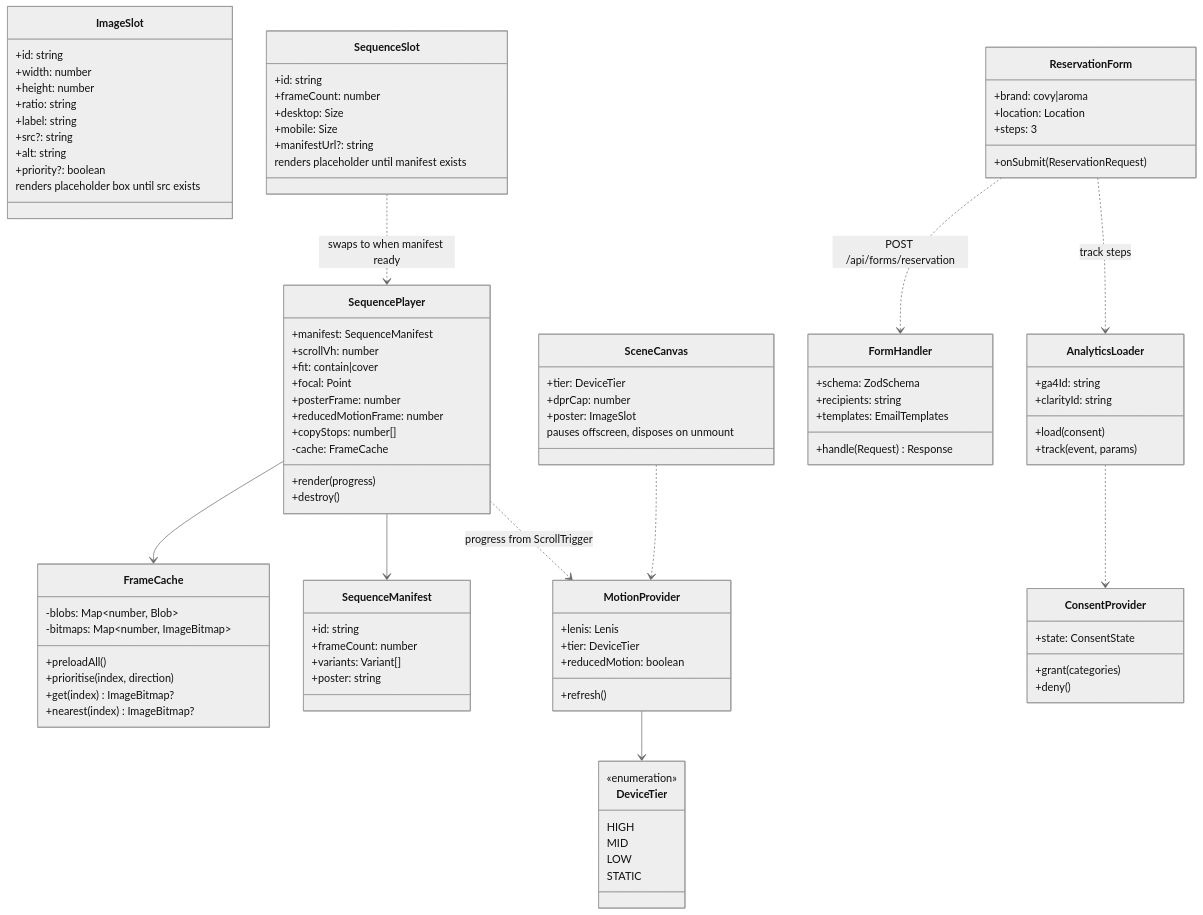
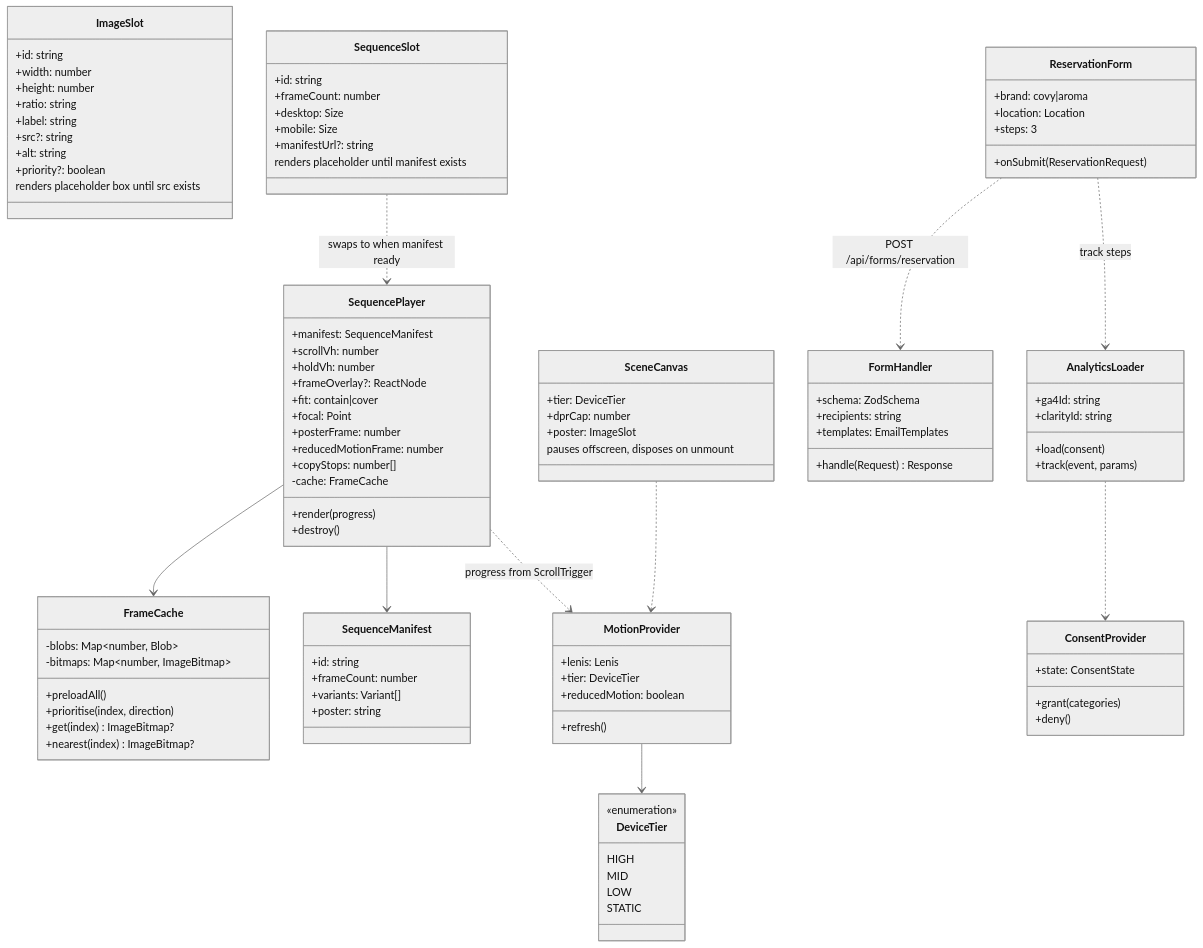
Before and after one commit to zeyadelbadawi/mas: the third of 6 diagrams in docs/02-architecture.md, drawn with Mermaid (neutral theme). The commit also changed 4 other files, not shown here.

```diff
--- a/docs/02-architecture.md
+++ b/docs/02-architecture.md
@@ -123,6 +123,8 @@
   class SequencePlayer {
     +manifest: SequenceManifest
     +scrollVh: number
+    +holdVh: number
+    +frameOverlay?: ReactNode
     +fit: contain|cover
     +focal: Point
     +posterFrame: number
```
